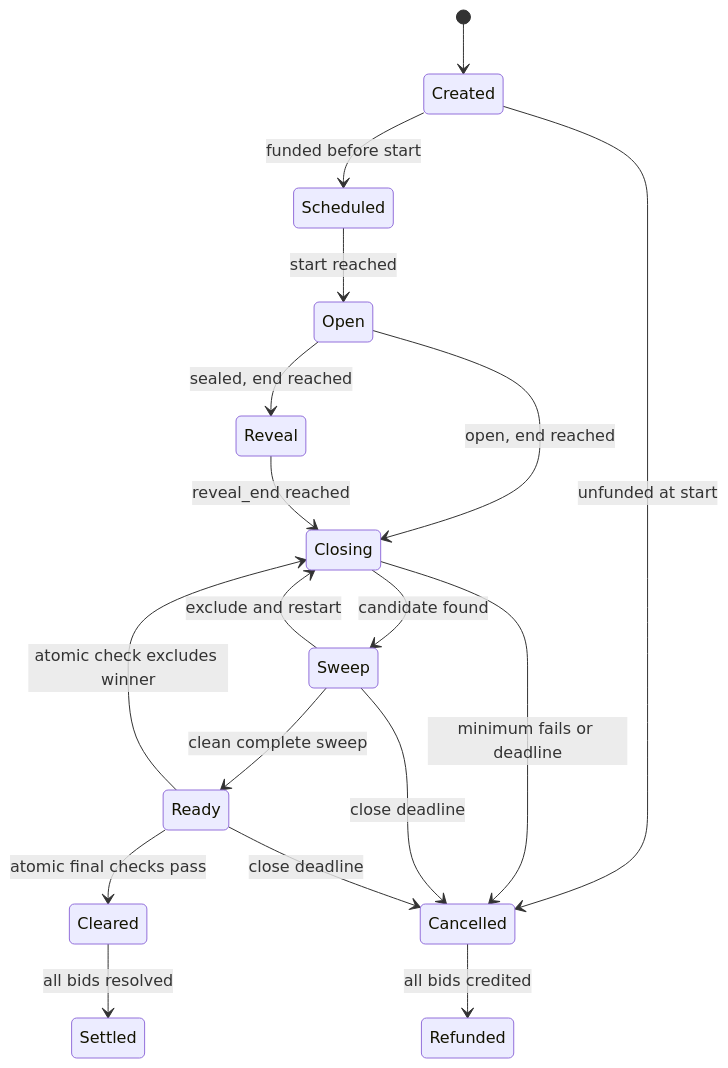
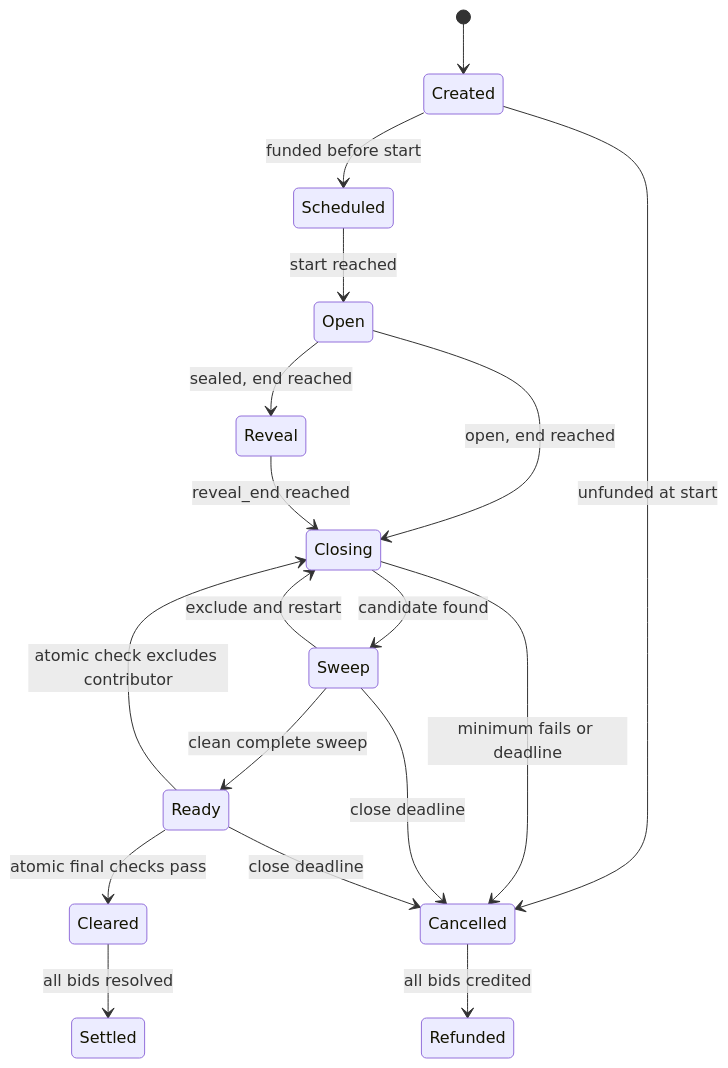
The second of 4 diagrams in ARCHITECTURE.md (crossing-finance-org/crossing), drawn with Mermaid before and after one commit. The commit also changed other lines of this file and 15 other files, not shown here.

Commit message:
Document full production architecture and maintenance requirements

````diff
--- a/ARCHITECTURE.md
+++ b/ARCHITECTURE.md
@@ -296,20 +329,20 @@
 ```mermaid
 stateDiagram-v2
     [*] --> Created
     Created --> Scheduled: funded before start
     Created --> Cancelled: unfunded at start
     Scheduled --> Open: start reached
     Open --> Reveal: sealed, end reached
     Open --> Closing: open, end reached
     Reveal --> Closing: reveal_end reached
     Closing --> Sweep: candidate found
     Sweep --> Closing: exclude and restart
     Sweep --> Ready: clean complete sweep
-    Ready --> Closing: atomic check excludes winner
+    Ready --> Closing: atomic check excludes contributor
     Ready --> Cleared: atomic final checks pass
     Closing --> Cancelled: minimum fails or deadline
     Sweep --> Cancelled: close deadline
     Ready --> Cancelled: close deadline
     Cleared --> Settled: all bids resolved
     Cancelled --> Refunded: all bids credited
 ```
````
